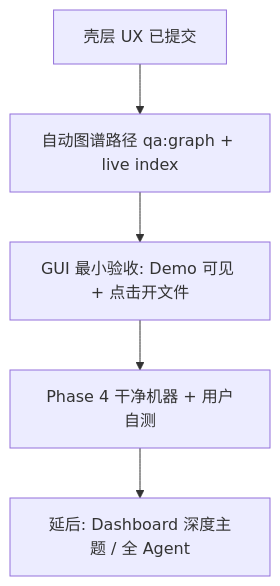
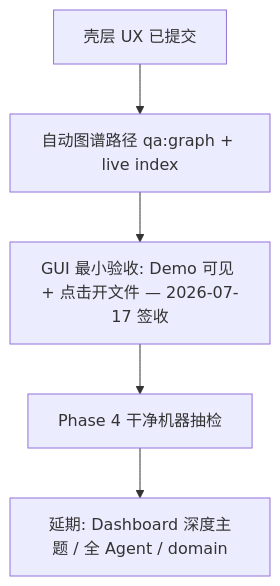
One commit to Tangyd893/Fieldguide changed the diagram in docs/todos.md. Above: the diagram before and after it, drawn with Mermaid. The commit also changed other lines of this file and 12 other files, not shown here.

````diff
--- a/docs/todos.md
+++ b/docs/todos.md
@@ -49,10 +49,10 @@
 ```mermaid
 flowchart TD
   shell[壳层 UX 已提交]
   auto[自动图谱路径 qa:graph + live index]
-  gui[GUI 最小验收: Demo 可见 + 点击开文件]
-  p4[Phase 4 干净机器 + 用户自测]
-  defer[延后: Dashboard 深度主题 / 全 Agent]
+  gui[GUI 最小验收: Demo 可见 + 点击开文件 — 2026-07-17 签收]
+  p4[Phase 4 干净机器抽检]
+  defer[延期: Dashboard 深度主题 / 全 Agent / domain]
   shell --> auto --> gui --> p4
   p4 --> defer
 ```
````
